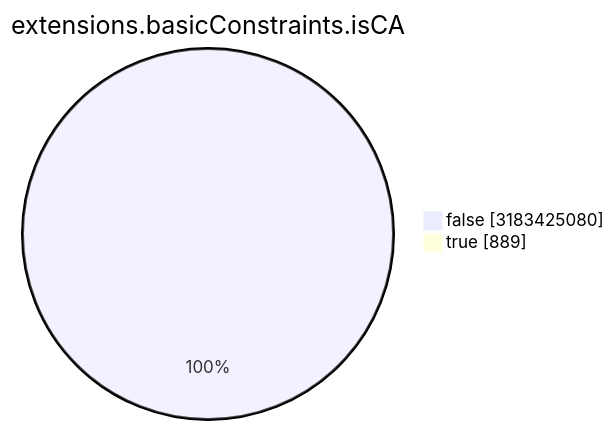
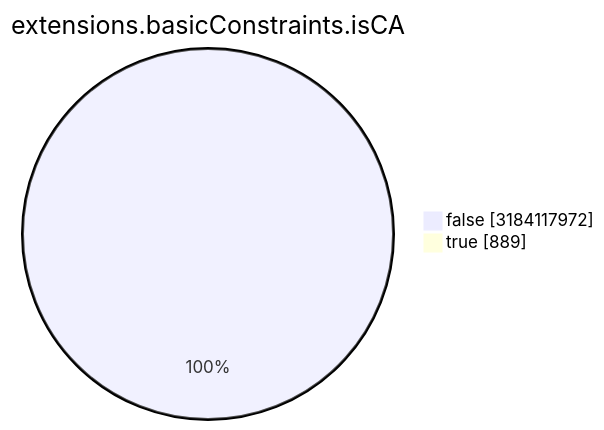
The seventh of 15 diagrams in TOTAL/README.md (christiankrug/ctmonitor_visualization), drawn with Mermaid before and after one commit. The commit also changed other lines of this file, not shown here.

````diff
--- a/TOTAL/README.md
+++ b/TOTAL/README.md
@@ -3088,6 +3088,6 @@
 ```mermaid
 pie showData
 title extensions.basicConstraints.isCA
-"false" :3183425080
+"false" :3184117972
 "true" :889
 ```
````
